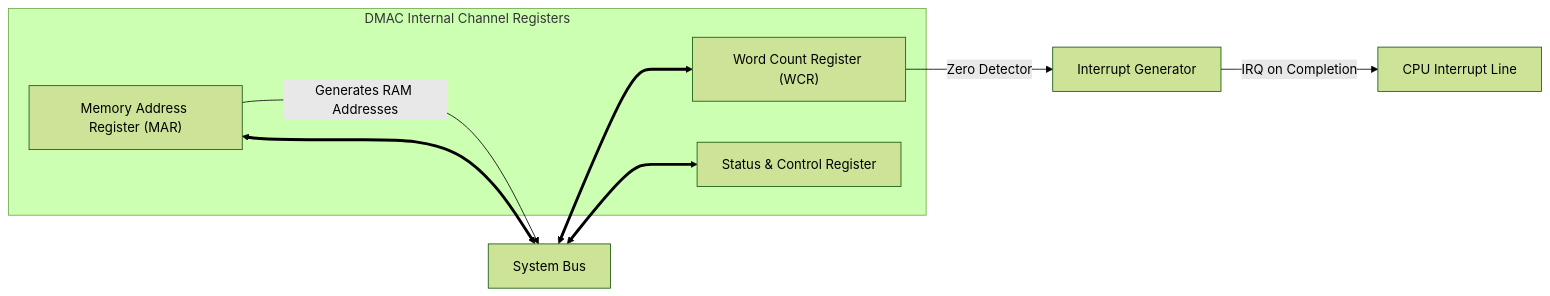
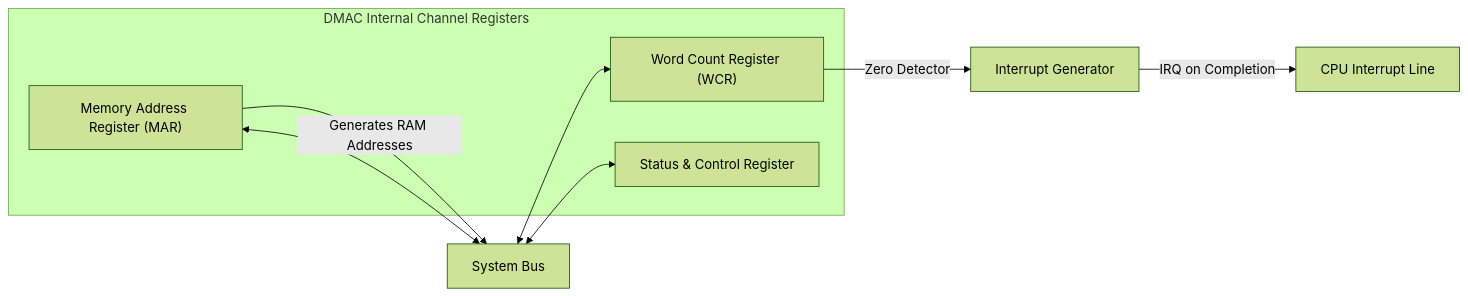
One commit to YatishGowda09/Sem-3-CSE-Notes changed the second of 3 diagrams in DLCD/Unit 3/L08 - Direct Memory Access and Standard IO Interfaces.md. Above: the diagram before and after it, drawn with Mermaid (forest theme). The commit also changed other lines of this file and 70 other files, not shown here.

First line of the commit message:
Fix Mermaid diagram syntax for GitHub rendering compatibility

````diff
--- a/DLCD/Unit 3/L08 - Direct Memory Access and Standard IO Interfaces.md
+++ b/DLCD/Unit 3/L08 - Direct Memory Access and Standard IO Interfaces.md
@@ -77,16 +77,16 @@
 ```mermaid
 flowchart LR
     subgraph DMAC_Registers["DMAC Internal Channel Registers"]
         MAR["Memory Address Register (MAR)"]
         WCR["Word Count Register (WCR)"]
         CR["Status & Control Register"]
     end
 
-    SYS_BUS["System Bus"] <===> MAR
-    SYS_BUS <===> WCR
-    SYS_BUS <===> CR
+    SYS_BUS["System Bus"] <--> MAR
+    SYS_BUS <--> WCR
+    SYS_BUS <--> CR
 
     MAR -- "Generates RAM Addresses" --> SYS_BUS
     WCR -- "Zero Detector" --> IRQ_GEN["Interrupt Generator"]
     IRQ_GEN -- "IRQ on Completion" --> CPU_INT["CPU Interrupt Line"]
 ```
````
